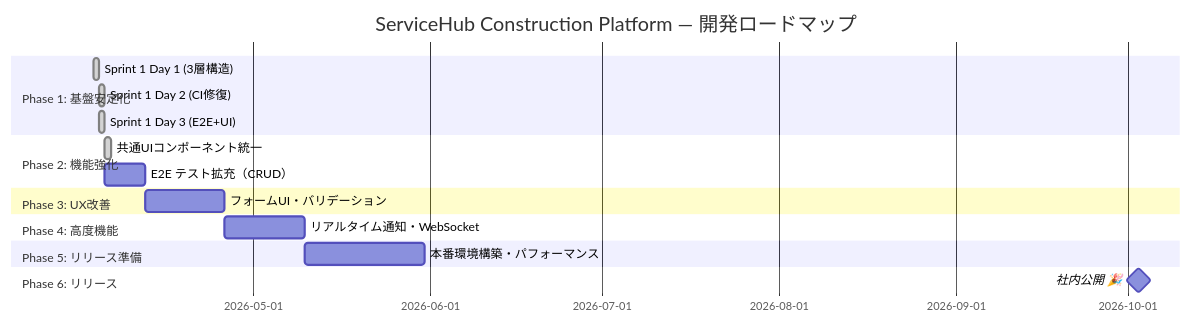
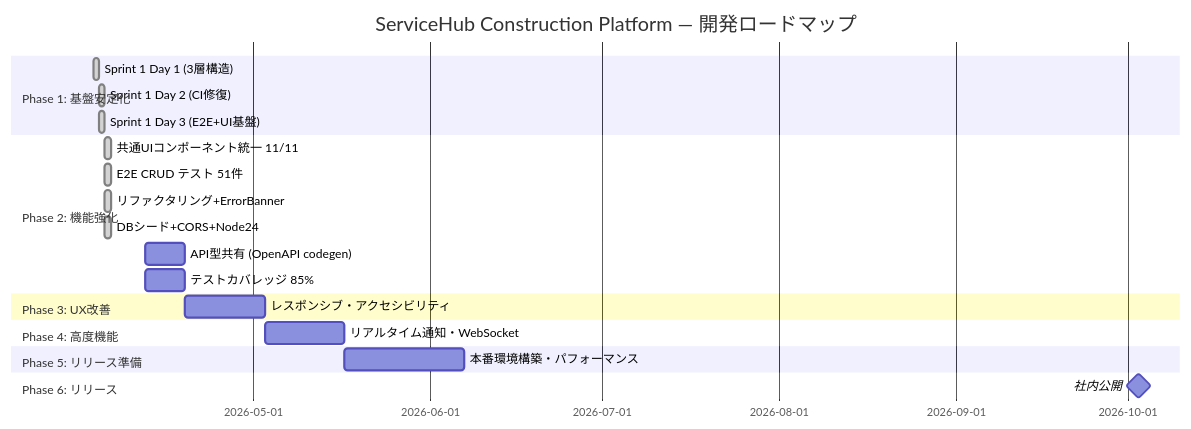
One commit to Kensan196948G/ServiceHub-Construction-Platform changed the fifth of 7 diagrams in README.md. Above: the diagram before and after it, drawn with Mermaid. The commit also changed other lines of this file, not shown here.

First line of the commit message:
docs: README.md 大幅更新 — Frontend構成図・E2Eテスト図・ロードマップ最新化

````diff
--- a/README.md
+++ b/README.md
@@ -188,20 +242,24 @@
 ```mermaid
 gantt
     title ServiceHub Construction Platform — 開発ロードマップ
     dateFormat  YYYY-MM-DD
     section Phase 1: 基盤安定化
-    Sprint 1 Day 1 (3層構造)    :done, s1d1, 2026-04-03, 1d
-    Sprint 1 Day 2 (CI修復)     :done, s1d2, 2026-04-04, 1d
-    Sprint 1 Day 3 (E2E+UI)     :done, s1d3, 2026-04-04, 1d
+    Sprint 1 Day 1 (3層構造)         :done, s1d1, 2026-04-03, 1d
+    Sprint 1 Day 2 (CI修復)          :done, s1d2, 2026-04-04, 1d
+    Sprint 1 Day 3 (E2E+UI基盤)      :done, s1d3, 2026-04-04, 1d
     section Phase 2: 機能強化
-    共通UIコンポーネント統一     :done, s2a, 2026-04-05, 1d
-    E2E テスト拡充（CRUD）       :s2b, 2026-04-05, 7d
+    共通UIコンポーネント統一 11/11     :done, s2a, 2026-04-05, 1d
+    E2E CRUD テスト 51件              :done, s2b, 2026-04-05, 1d
+    リファクタリング+ErrorBanner      :done, s2c, 2026-04-05, 1d
+    DBシード+CORS+Node24              :done, s2d, 2026-04-05, 1d
+    API型共有 (OpenAPI codegen)       :s2e, 2026-04-12, 7d
+    テストカバレッジ 85%              :s2f, 2026-04-12, 7d
     section Phase 3: UX改善
-    フォームUI・バリデーション    :s3, 2026-04-12, 14d
+    レスポンシブ・アクセシビリティ    :s3, 2026-04-19, 14d
     section Phase 4: 高度機能
-    リアルタイム通知・WebSocket  :s4, 2026-04-26, 14d
+    リアルタイム通知・WebSocket       :s4, 2026-05-03, 14d
     section Phase 5: リリース準備
-    本番環境構築・パフォーマンス  :s5, 2026-05-10, 21d
+    本番環境構築・パフォーマンス      :s5, 2026-05-17, 21d
     section Phase 6: リリース
-    社内公開 🎉                  :milestone, m1, 2026-10-03, 0d
+    社内公開                          :milestone, m1, 2026-10-03, 0d
 ```
````
